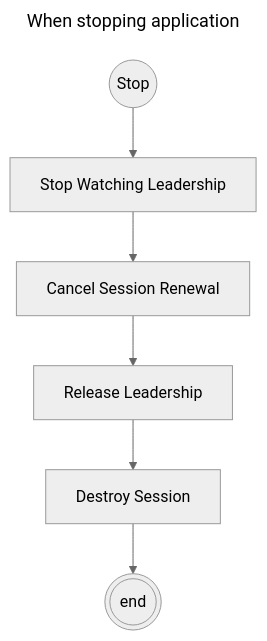
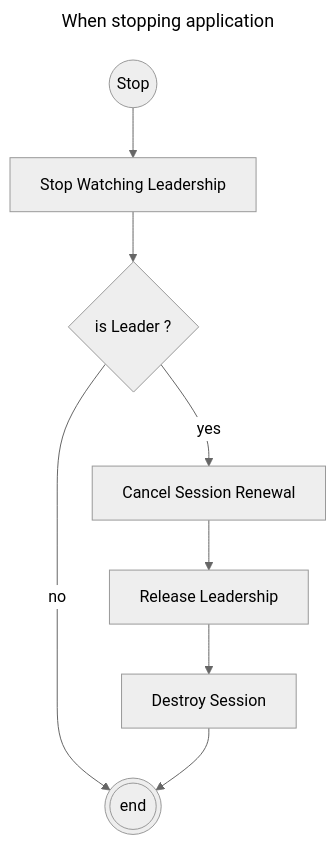
Before and after one commit to FrogDevelopment/micronaut-consul-leadership-election: the second of 2 diagrams in README.md, drawn with Mermaid (neutral theme). The commit also changed other lines of this file, not shown here.

````diff
--- a/README.md
+++ b/README.md
@@ -298,12 +281,14 @@
 ```mermaid
 ---
 title: When stopping application
 ---
 flowchart TB
 ;
     stop((Stop)) --> stopWatching[Stop Watching Leadership]
-    stopWatching --> cancelSessionRenewal[Cancel Session Renewal]
+    stopWatching --> isLeader{is Leader ?}
+    isLeader -- " no " --> x(((end)))
+    isLeader -- " yes " --> cancelSessionRenewal[Cancel Session Renewal]
     cancelSessionRenewal --> releaseLeadership[Release Leadership]
     releaseLeadership --> destroySession[Destroy Session]
-    destroySession --> x(((end)))
+    destroySession --> x
 ```
````
